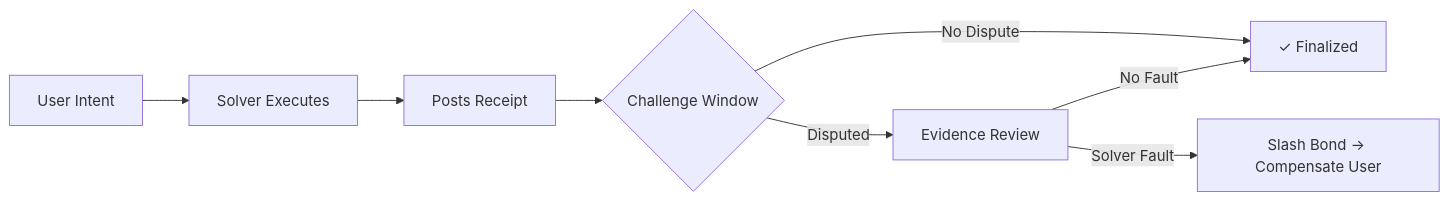
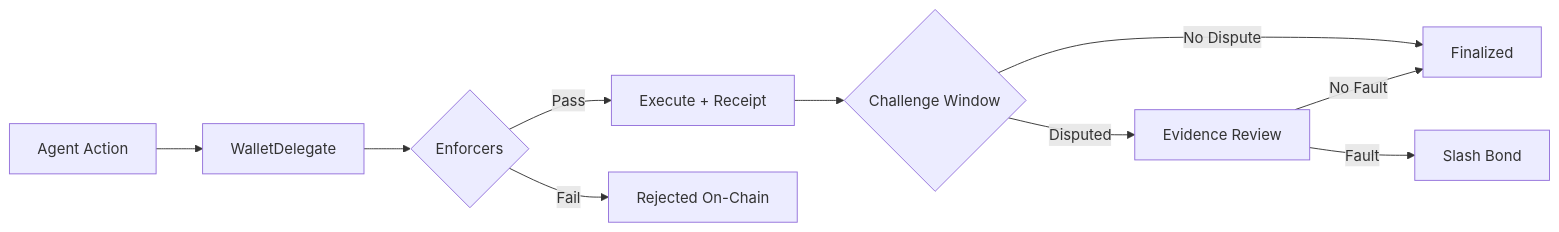
The first of 5 diagrams in README.md (intent-solutions-io/irsb-protocol), drawn with Mermaid before and after one commit. The commit also changed other lines of this file and 2 other files, not shown here.

First line of the commit message:
docs: reframe protocol README and dashboard for AI agent guardrails

````diff
--- a/README.md
+++ b/README.md
@@ -28,10 +41,12 @@
 ```mermaid
 flowchart LR
-    A[User Intent] --> B[Solver Executes]
-    B --> C[Posts Receipt]
-    C --> D{Challenge Window}
-    D -->|No Dispute| E[✓ Finalized]
-    D -->|Disputed| F[Evidence Review]
-    F -->|Solver Fault| G[Slash Bond → Compensate User]
-    F -->|No Fault| E
+    A[Agent Action] --> B[WalletDelegate]
+    B --> C{Enforcers}
+    C -->|Pass| D[Execute + Receipt]
+    C -->|Fail| E[Rejected On-Chain]
+    D --> F{Challenge Window}
+    F -->|No Dispute| G[Finalized]
+    F -->|Disputed| H[Evidence Review]
+    H -->|Fault| I[Slash Bond]
+    H -->|No Fault| G
 ```
````
